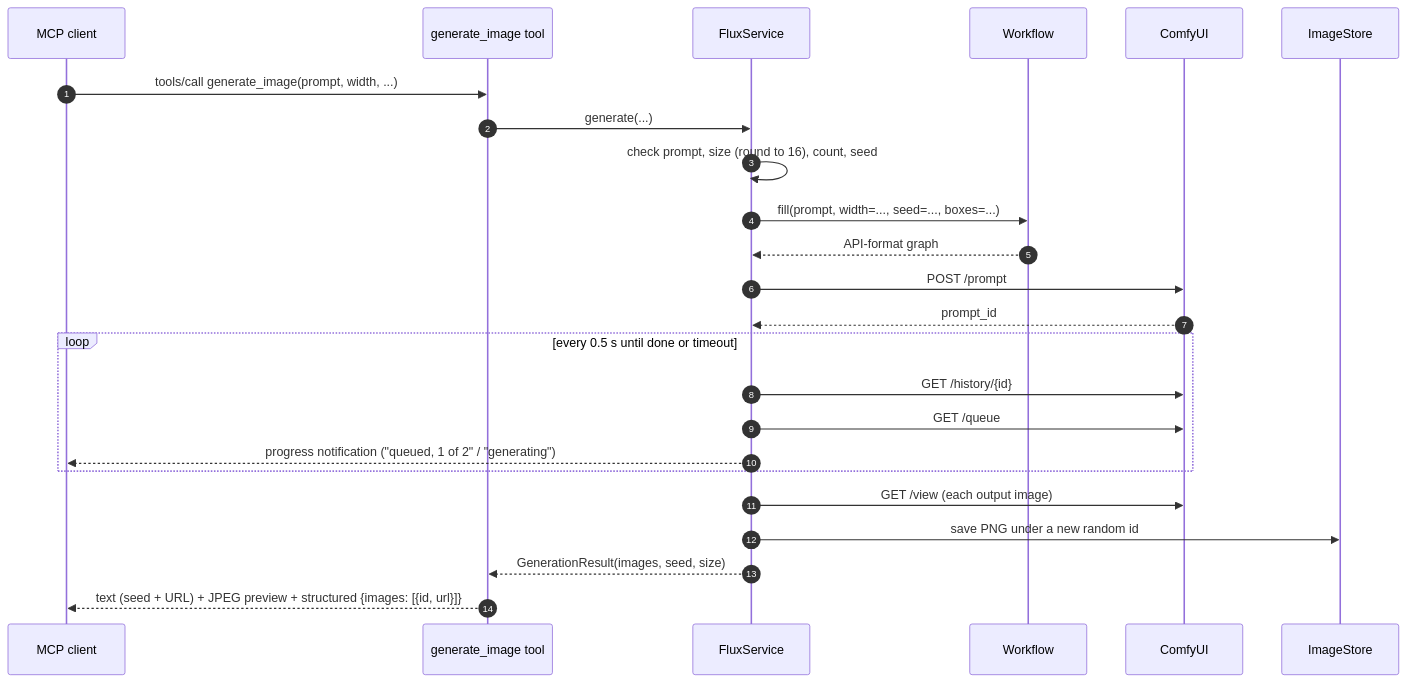
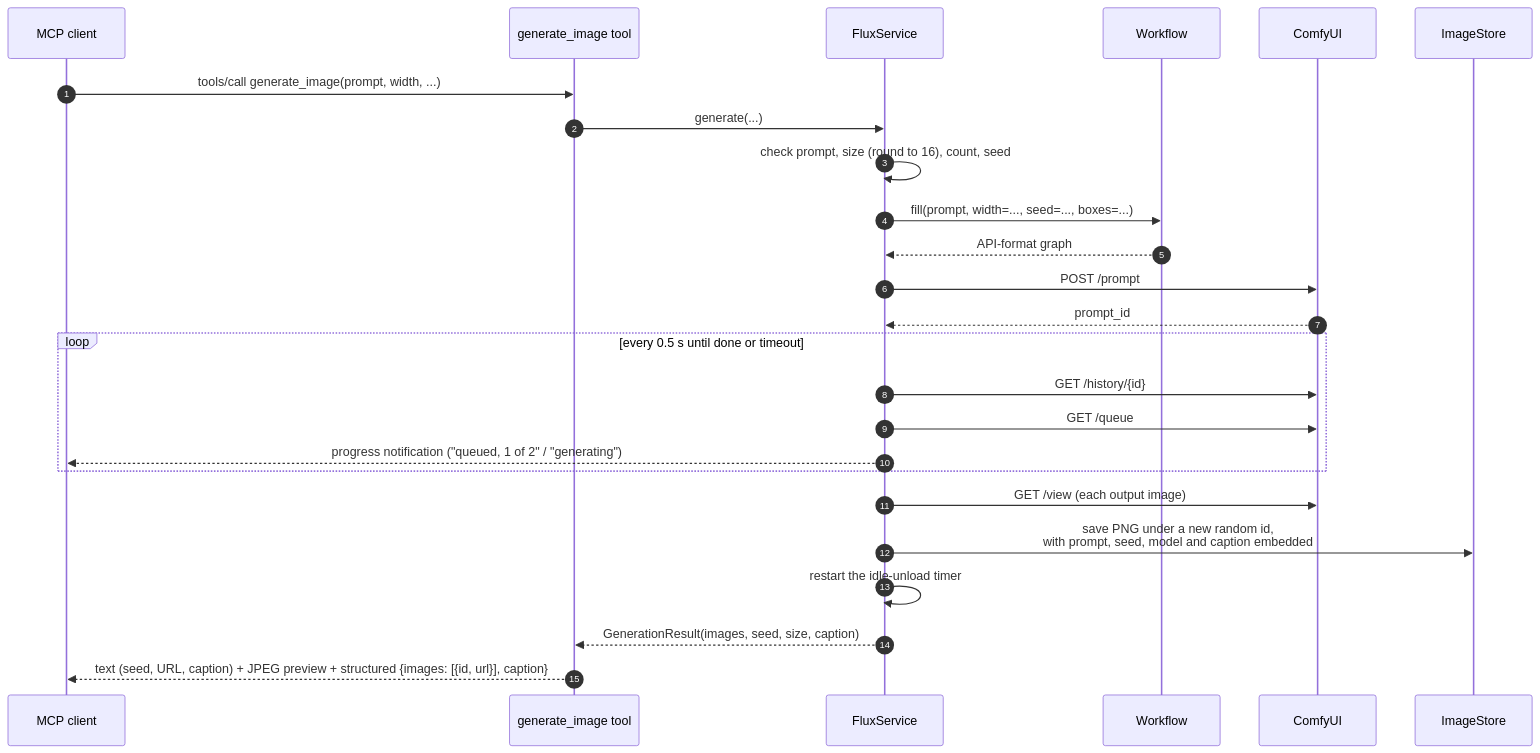
Before and after one commit to geosp/flux-mcp: the third of 9 diagrams in docs/ARCHITECTURE.md, drawn with Mermaid. The commit also changed other lines of this file and 21 other files, not shown here.

Commit message:
Add get_image, unload_models, idle model unloading, and upsampled captions with PNG metadata

````diff
--- a/docs/ARCHITECTURE.md
+++ b/docs/ARCHITECTURE.md
@@ -92,27 +92,28 @@
 ```mermaid
 sequenceDiagram
     autonumber
     participant C as MCP client
     participant T as generate_image tool
     participant F as FluxService
     participant W as Workflow
     participant Q as ComfyUI
     participant S as ImageStore
 
     C->>T: tools/call generate_image(prompt, width, ...)
     T->>F: generate(...)
     F->>F: check prompt, size (round to 16), count, seed
     F->>W: fill(prompt, width=..., seed=..., boxes=...)
     W-->>F: API-format graph
     F->>Q: POST /prompt
     Q-->>F: prompt_id
     loop every 0.5 s until done or timeout
         F->>Q: GET /history/{id}
         F->>Q: GET /queue
         F-->>C: progress notification ("queued, 1 of 2" / "generating")
     end
     F->>Q: GET /view (each output image)
-    F->>S: save PNG under a new random id
-    F-->>T: GenerationResult(images, seed, size)
-    T-->>C: text (seed + URL) + JPEG preview + structured {images: [{id, url}]}
+    F->>S: save PNG under a new random id,<br/>with prompt, seed, model and caption embedded
+    F->>F: restart the idle-unload timer
+    F-->>T: GenerationResult(images, seed, size, caption)
+    T-->>C: text (seed, URL, caption) + JPEG preview + structured {images: [{id, url}], caption}
 ```
````
